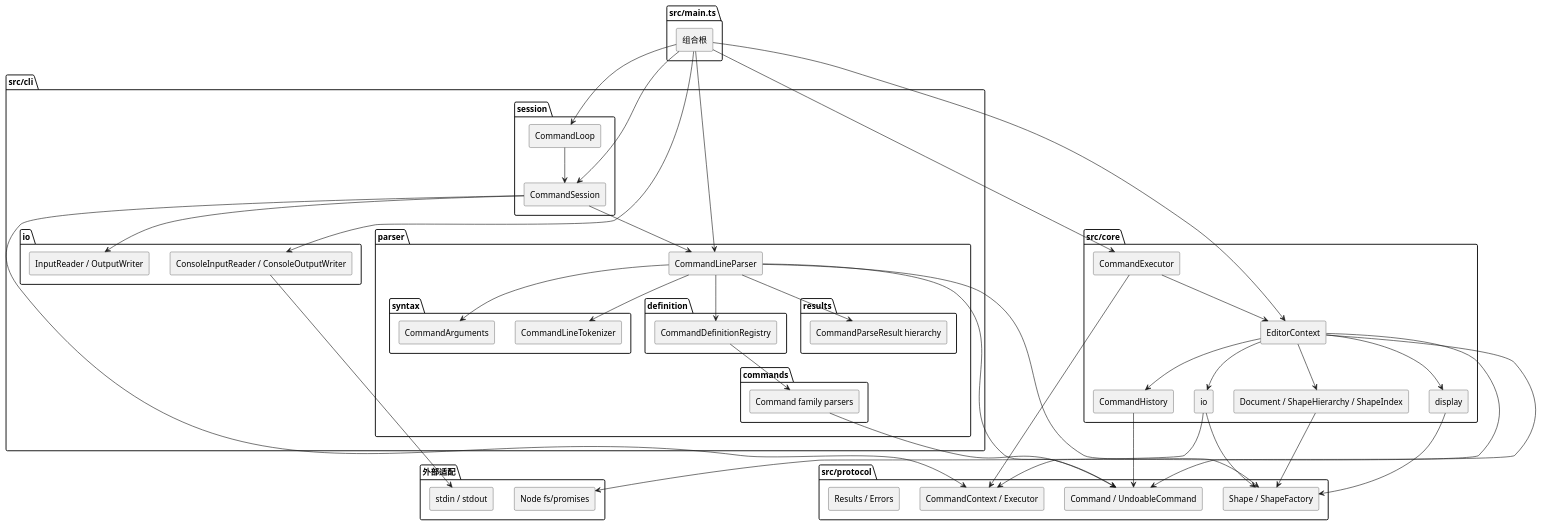
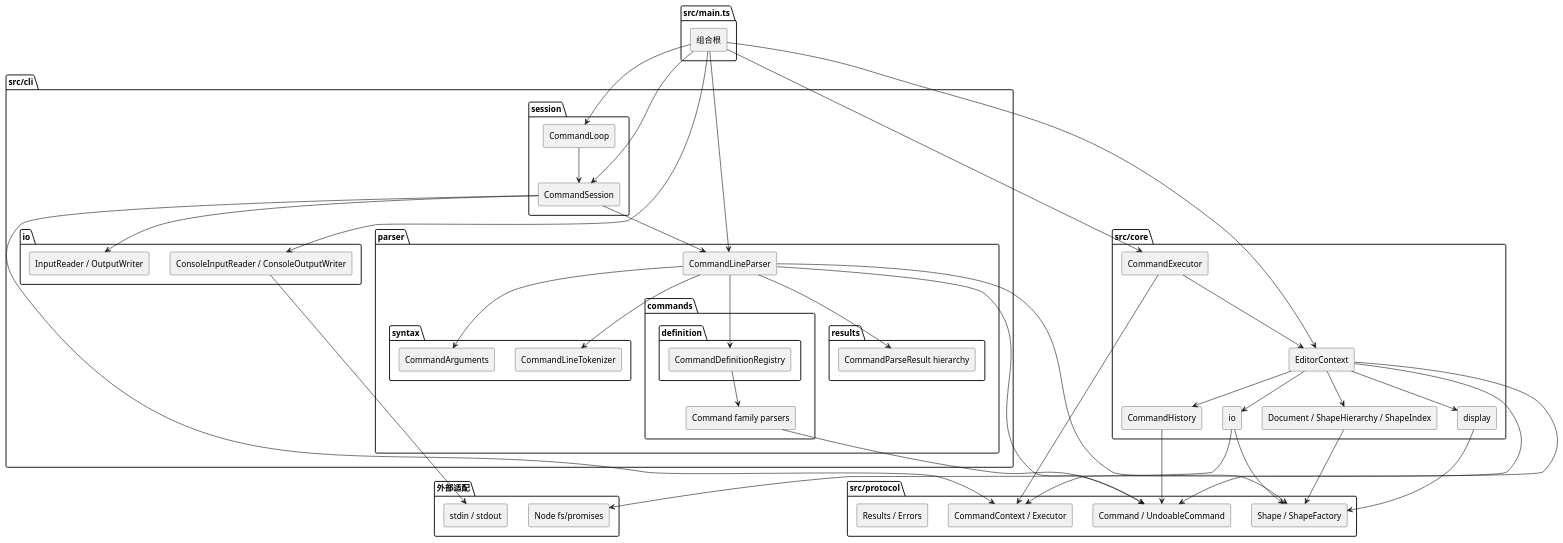
Before and after one commit to zhao-jingyan/SVG-Editor: the diagram in doc/README.md, drawn with PlantUML. The commit also changed 7 other files, not shown here.

```diff
--- a/doc/README.md
+++ b/doc/README.md
@@ -49,10 +49,10 @@
       [CommandLineTokenizer] as Tokenizer
       [CommandArguments] as Arguments
     }
-    package "definition" {
-      [CommandDefinitionRegistry] as Registry
-    }
     package "commands" {
+      package "definition" {
+        [CommandDefinitionRegistry] as Registry
+      }
       [Command family parsers] as CommandParsers
     }
     package "results" {
```
